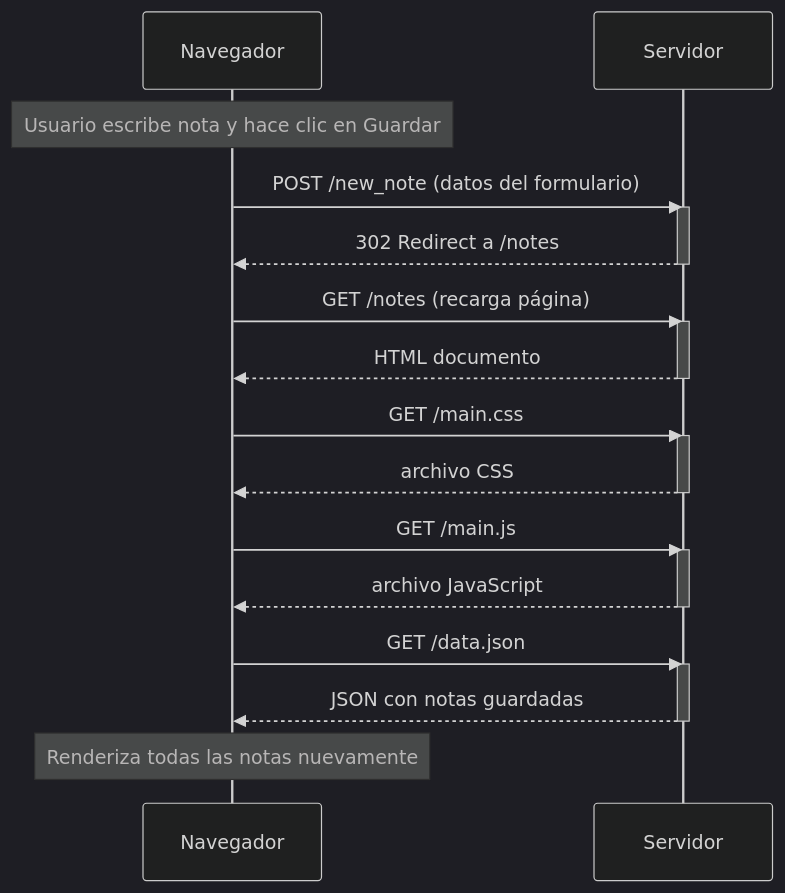
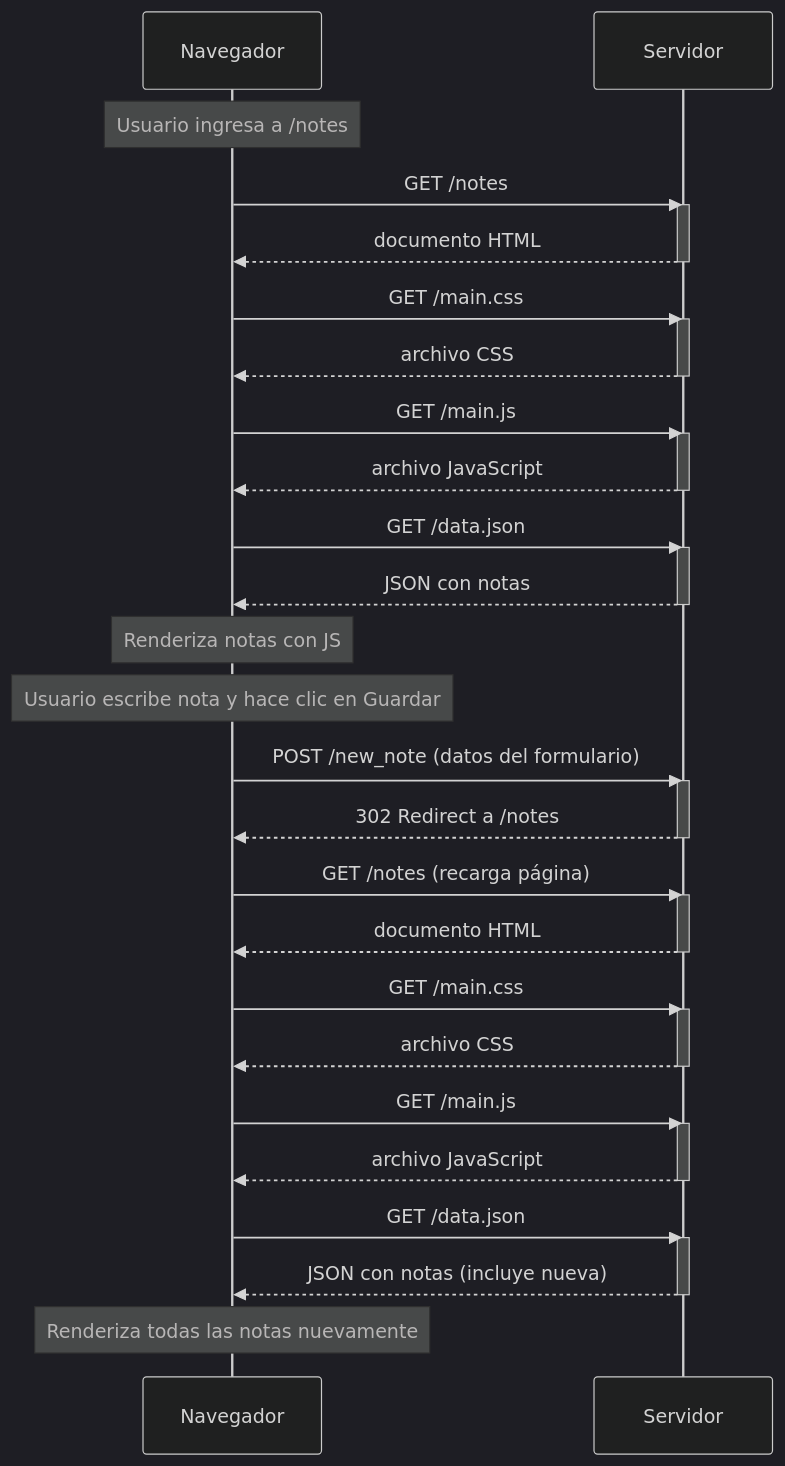
One commit to brujo-rojas/fullstackopen-open changed the diagram in part0/0.4-new-note.mmd. Above: the diagram before and after it, drawn with Mermaid (dark theme).

Commit message:
fix(part0): add initial page load GETs to 0.4

```diff
--- a/part0/0.4-new-note.mmd
+++ b/part0/0.4-new-note.mmd
@@ -1,31 +1,54 @@
 sequenceDiagram
     participant Navegador
     participant Servidor
 
-    Note over Navegador: Usuario escribe nota y hace clic en Guardar
-    Navegador->>Servidor: POST /new_note (datos del formulario)
+    Note over Navegador: Usuario ingresa a /notes
+    Navegador->>Servidor: GET /notes
     activate Servidor
-    Servidor-->>Navegador: 302 Redirect a /notes
-    deactivate Servidor
-
-    Navegador->>Servidor: GET /notes (recarga página)
-    activate Servidor
-    Servidor-->>Navegador: HTML documento
+    Servidor-->>Navegador: documento HTML
     deactivate Servidor
 
     Navegador->>Servidor: GET /main.css
     activate Servidor
     Servidor-->>Navegador: archivo CSS
     deactivate Servidor
 
     Navegador->>Servidor: GET /main.js
     activate Servidor
     Servidor-->>Navegador: archivo JavaScript
     deactivate Servidor
 
     Navegador->>Servidor: GET /data.json
     activate Servidor
-    Servidor-->>Navegador: JSON con notas guardadas
+    Servidor-->>Navegador: JSON con notas
+    deactivate Servidor
+
+    Note over Navegador: Renderiza notas con JS
+
+    Note over Navegador: Usuario escribe nota y hace clic en Guardar
+    Navegador->>Servidor: POST /new_note (datos del formulario)
+    activate Servidor
+    Servidor-->>Navegador: 302 Redirect a /notes
+    deactivate Servidor
+
+    Navegador->>Servidor: GET /notes (recarga página)
+    activate Servidor
+    Servidor-->>Navegador: documento HTML
+    deactivate Servidor
+
+    Navegador->>Servidor: GET /main.css
+    activate Servidor
+    Servidor-->>Navegador: archivo CSS
+    deactivate Servidor
+
+    Navegador->>Servidor: GET /main.js
+    activate Servidor
+    Servidor-->>Navegador: archivo JavaScript
+    deactivate Servidor
+
+    Navegador->>Servidor: GET /data.json
+    activate Servidor
+    Servidor-->>Navegador: JSON con notas (incluye nueva)
     deactivate Servidor
 
     Note over Navegador: Renderiza todas las notas nuevamente
```
